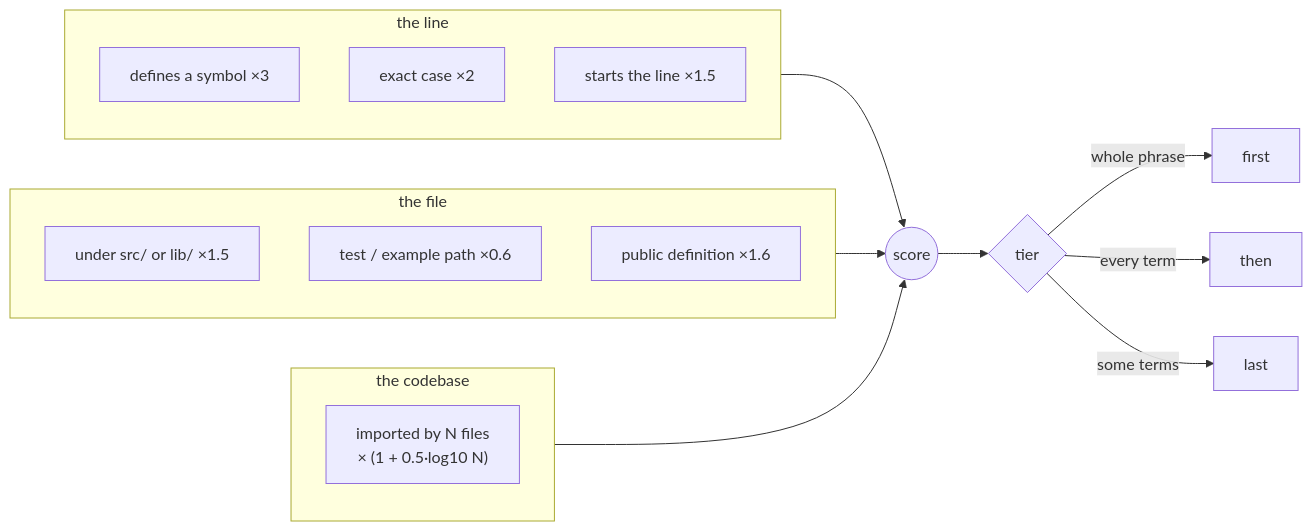
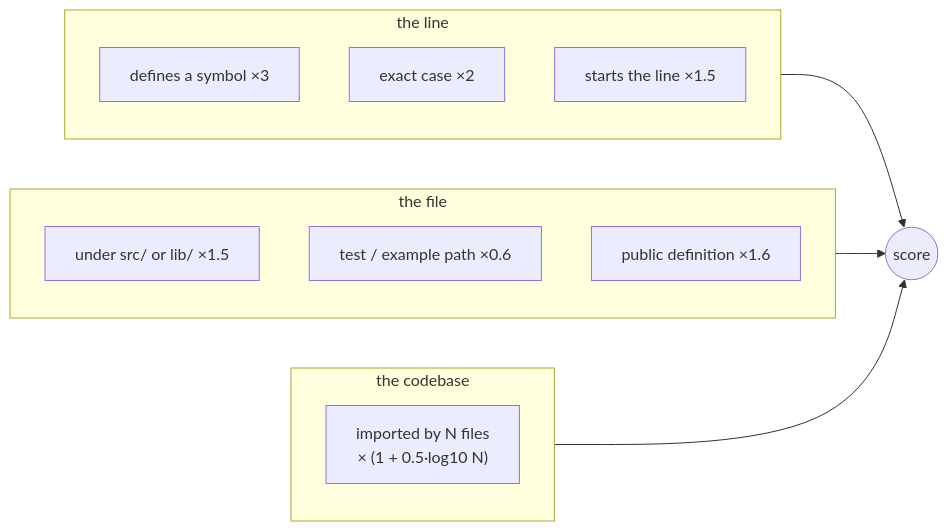
The diagram in docs/book/src/how-it-works/ranking.md (jburrow/fast_code_search), drawn with Mermaid before and after one commit. The commit also changed other lines of this file and 24 other files, not shown here.

````diff
--- a/docs/book/src/how-it-works/ranking.md
+++ b/docs/book/src/how-it-works/ranking.md
@@ -7,25 +7,21 @@
 ```mermaid
 flowchart LR
     subgraph line["the line"]
         direction TB
         A[defines a symbol ×3]
         B[exact case ×2]
         C[starts the line ×1.5]
     end
     subgraph file["the file"]
         direction TB
         E[under src/ or lib/ ×1.5]
         F[test / example path ×0.6]
         H[public definition ×1.6]
     end
     subgraph codebase["the codebase"]
         G["imported by N files<br/>× (1 + 0.5·log10 N)"]
     end
     line --> S((score))
     file --> S
     codebase --> S
-    S --> T{tier}
-    T -->|whole phrase| T1[first]
-    T -->|every term| T2[then]
-    T -->|some terms| T3[last]
 ```
````
